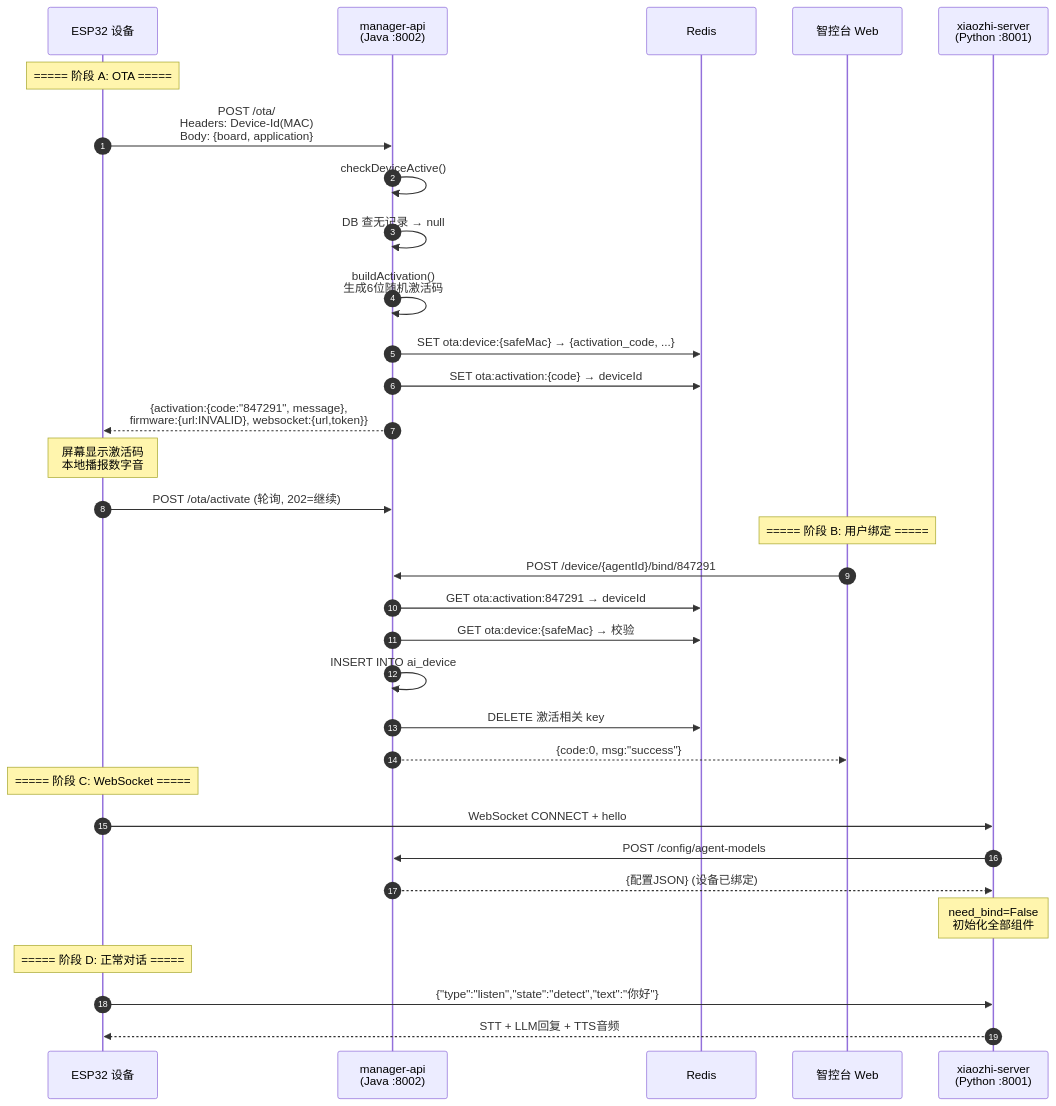
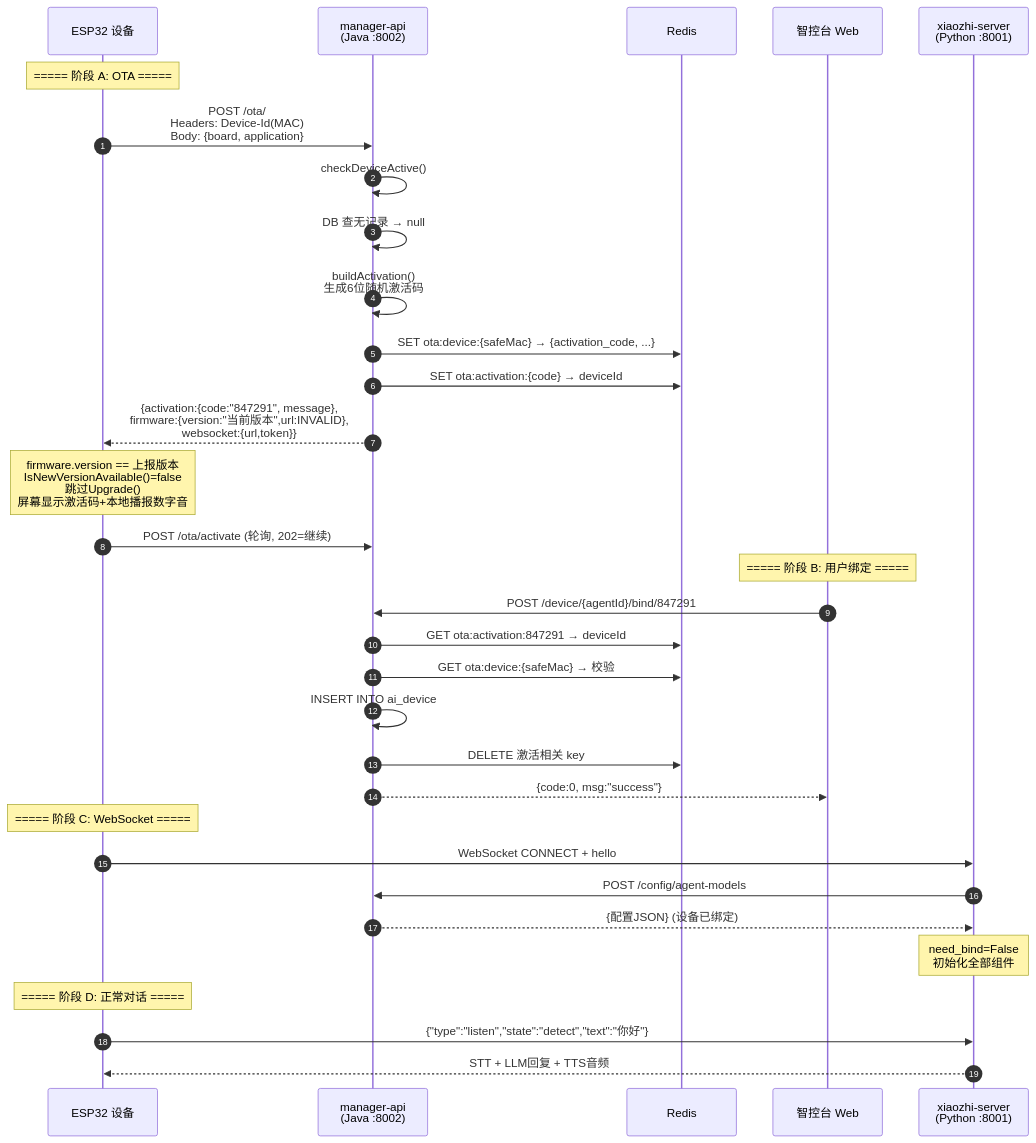
Before and after one commit to latteratter-coder/xiaozhi-esp32-server: the fourth of 5 diagrams in AiAnalyzeDocs/xiaozhi-esp32-server/17-设备启动流程运行验证报告.md, drawn with Mermaid. The commit also changed other lines of this file and 24 other files, not shown here.

First line of the commit message:
docs: 新增13个交互式HTML业务流程图，替换旧drawio图表

````diff
--- a/AiAnalyzeDocs/xiaozhi-esp32-server/17-设备启动流程运行验证报告.md
+++ b/AiAnalyzeDocs/xiaozhi-esp32-server/17-设备启动流程运行验证报告.md
@@ -378,44 +378,44 @@
 ```mermaid
 sequenceDiagram
     autonumber
     participant Device as ESP32 设备
     participant JavaAPI as manager-api<br/>(Java :8002)
     participant Redis as Redis
     participant Web as 智控台 Web
     participant Python as xiaozhi-server<br/>(Python :8001)
 
     Note over Device: ===== 阶段 A: OTA =====
 
     Device->>JavaAPI: POST /ota/<br/>Headers: Device-Id(MAC)<br/>Body: {board, application}
     JavaAPI->>JavaAPI: checkDeviceActive()
     JavaAPI->>JavaAPI: DB 查无记录 → null
     JavaAPI->>JavaAPI: buildActivation()<br/>生成6位随机激活码
     JavaAPI->>Redis: SET ota:device:{safeMac} → {activation_code, ...}
     JavaAPI->>Redis: SET ota:activation:{code} → deviceId
-    JavaAPI-->>Device: {activation:{code:"847291", message},<br/>firmware:{url:INVALID}, websocket:{url,token}}
+    JavaAPI-->>Device: {activation:{code:"847291", message},<br/>firmware:{version:"当前版本",url:INVALID},<br/>websocket:{url,token}}
 
-    Note over Device: 屏幕显示激活码<br/>本地播报数字音
+    Note over Device: firmware.version == 上报版本<br/>IsNewVersionAvailable()=false<br/>跳过Upgrade()<br/>屏幕显示激活码+本地播报数字音
 
     Device->>JavaAPI: POST /ota/activate (轮询, 202=继续)
 
     Note over Web: ===== 阶段 B: 用户绑定 =====
 
     Web->>JavaAPI: POST /device/{agentId}/bind/847291
     JavaAPI->>Redis: GET ota:activation:847291 → deviceId
     JavaAPI->>Redis: GET ota:device:{safeMac} → 校验
     JavaAPI->>JavaAPI: INSERT INTO ai_device
     JavaAPI->>Redis: DELETE 激活相关 key
     JavaAPI-->>Web: {code:0, msg:"success"}
 
     Note over Device: ===== 阶段 C: WebSocket =====
 
     Device->>Python: WebSocket CONNECT + hello
     Python->>JavaAPI: POST /config/agent-models
     JavaAPI-->>Python: {配置JSON} (设备已绑定)
     Note over Python: need_bind=False<br/>初始化全部组件
 
     Note over Device: ===== 阶段 D: 正常对话 =====
 
     Device->>Python: {"type":"listen","state":"detect","text":"你好"}
     Python-->>Device: STT + LLM回复 + TTS音频
 ```
````
